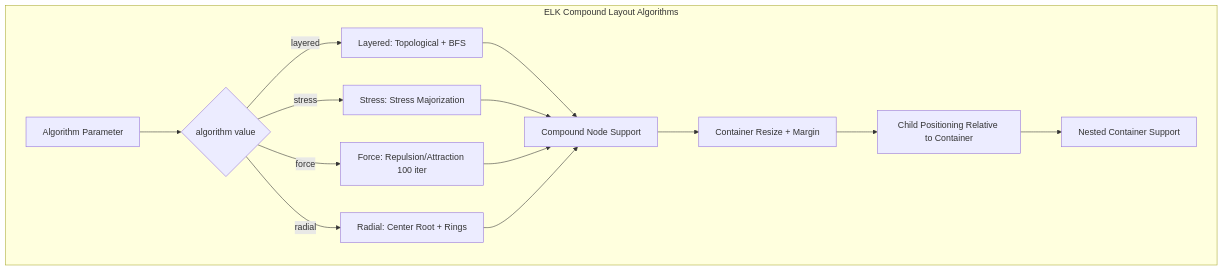
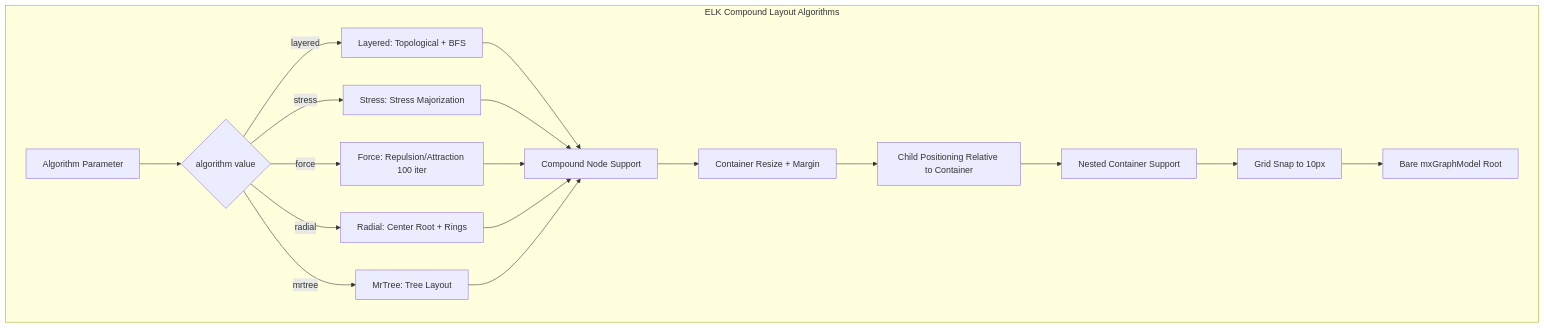
Before and after one commit to dnguyenminh/SDLC-Agents-4-Enteprise: the third of 4 diagrams in documents/SA4E-406/BRD.md, drawn with Mermaid. The commit also changed other lines of this file and 48 other files, not shown here.

````diff
--- a/documents/SA4E-406/BRD.md
+++ b/documents/SA4E-406/BRD.md
@@ -629,17 +696,21 @@
 ```mermaid
 graph TB
     subgraph "ELK Compound Layout Algorithms"
         A[Algorithm Parameter] --> B{algorithm value}
         B -->|layered| C[Layered: Topological + BFS]
         B -->|stress| D[Stress: Stress Majorization]
         B -->|force| E[Force: Repulsion/Attraction 100 iter]
+        B -->|mrtree| F2[MrTree: Tree Layout]
         B -->|radial| F[Radial: Center Root + Rings]
         C --> G[Compound Node Support]
         D --> G
         E --> G
         F --> G
+        F2 --> G
         G --> H[Container Resize + Margin]
         H --> I[Child Positioning Relative to Container]
         I --> J[Nested Container Support]
+        J --> K2[Grid Snap to 10px]
+        K2 --> L2[Bare mxGraphModel Root]
     end
 ```
````
